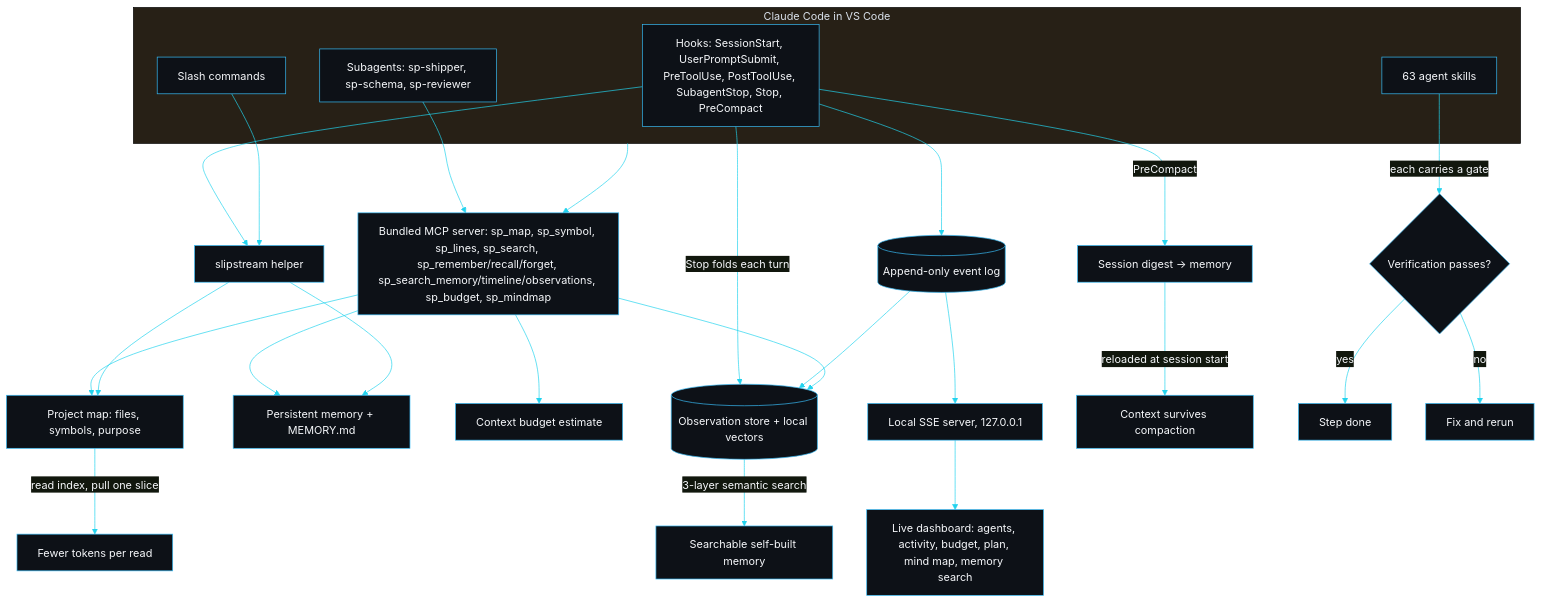
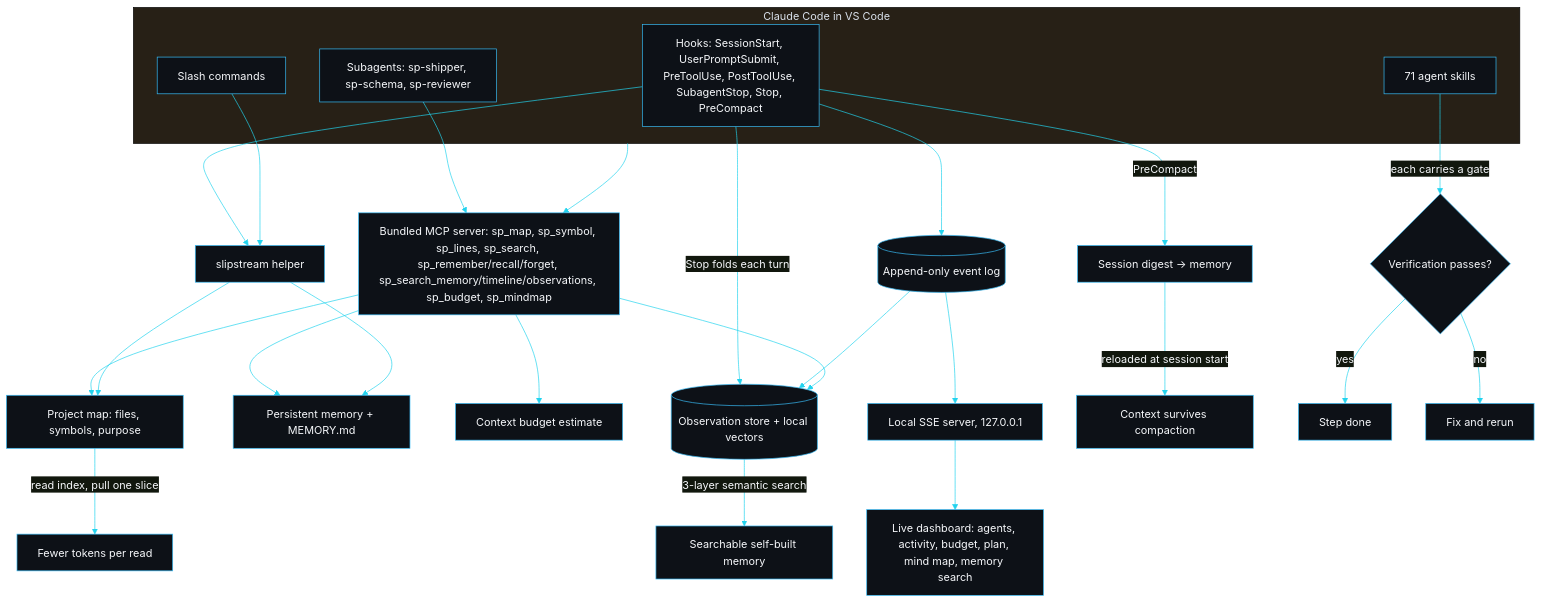
Before and after one commit to sarmakska/slipstream: the diagram in README.md, drawn with Mermaid. The commit also changed other lines of this file and 2 other files, not shown here.

````diff
--- a/README.md
+++ b/README.md
@@ -227,35 +231,35 @@
 ```mermaid
 %%{init: {'theme':'base','themeVariables':{'primaryColor':'#0d1117','primaryTextColor':'#f5f7fa','primaryBorderColor':'#38bdf8','lineColor':'#22d3ee','fontFamily':'monospace'}}}%%
 flowchart TD
   subgraph CC[Claude Code in VS Code]
     Hooks[Hooks: SessionStart, UserPromptSubmit, PreToolUse, PostToolUse, SubagentStop, Stop, PreCompact]
     Cmds[Slash commands]
-    Skills[63 agent skills]
+    Skills[71 agent skills]
     Agents[Subagents: sp-shipper, sp-schema, sp-reviewer]
   end
 
   CC --> MCP[Bundled MCP server: sp_map, sp_symbol, sp_lines, sp_search, sp_remember/recall/forget, sp_search_memory/timeline/observations, sp_budget, sp_mindmap]
   Hooks --> Helper[slipstream helper]
   Cmds --> Helper
   Agents --> MCP
 
   MCP --> Map[Project map: files, symbols, purpose]
   Helper --> Map
   MCP --> Mem[Persistent memory + MEMORY.md]
   Helper --> Mem
   MCP --> Budget[Context budget estimate]
   Hooks -->|PreCompact| Digest[Session digest -> memory]
   Hooks --> Log[(Append-only event log)]
   Hooks -->|Stop folds each turn| Obs[(Observation store + local vectors)]
   Log --> Obs
   MCP --> Obs
   Obs -->|3-layer semantic search| Recall2[Searchable self-built memory]
   Log --> Server[Local SSE server, 127.0.0.1]
   Server --> UI[Live dashboard: agents, activity, budget, plan, mind map, memory search]
 
   Map -->|read index, pull one slice| Tokens[Fewer tokens per read]
   Digest -->|reloaded at session start| Survive[Context survives compaction]
   Skills -->|each carries a gate| Gate{Verification passes?}
   Gate -->|yes| Done[Step done]
   Gate -->|no| Fix[Fix and rerun]
 ```
````
